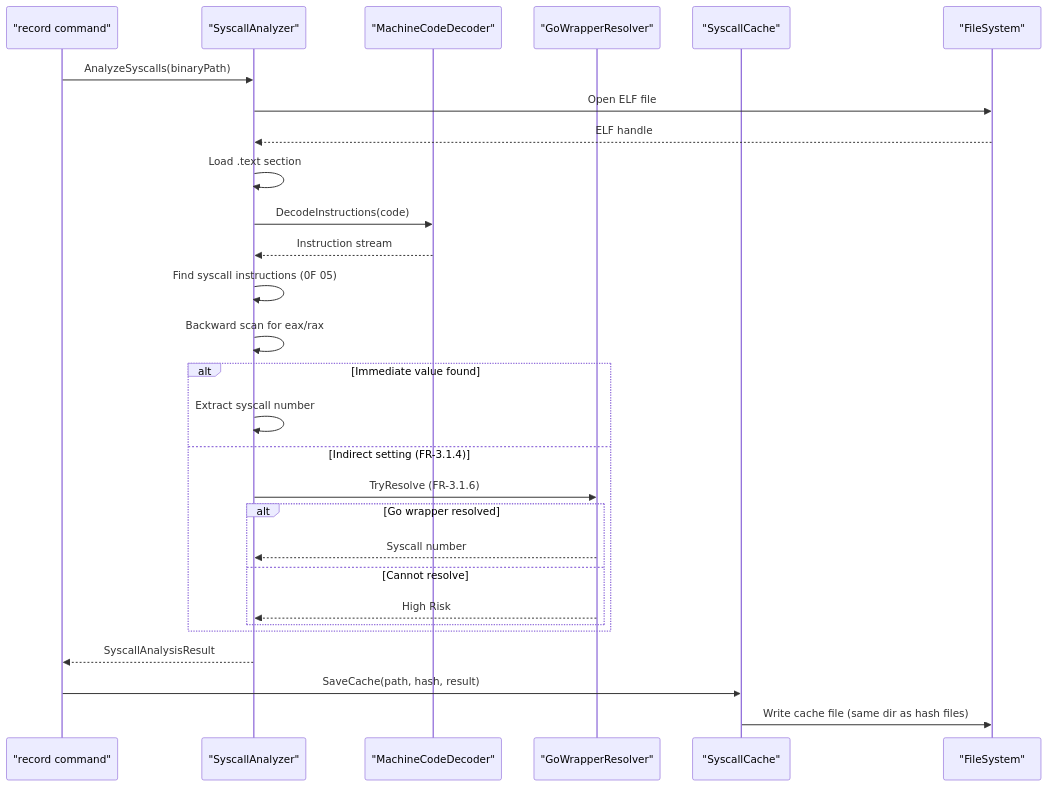
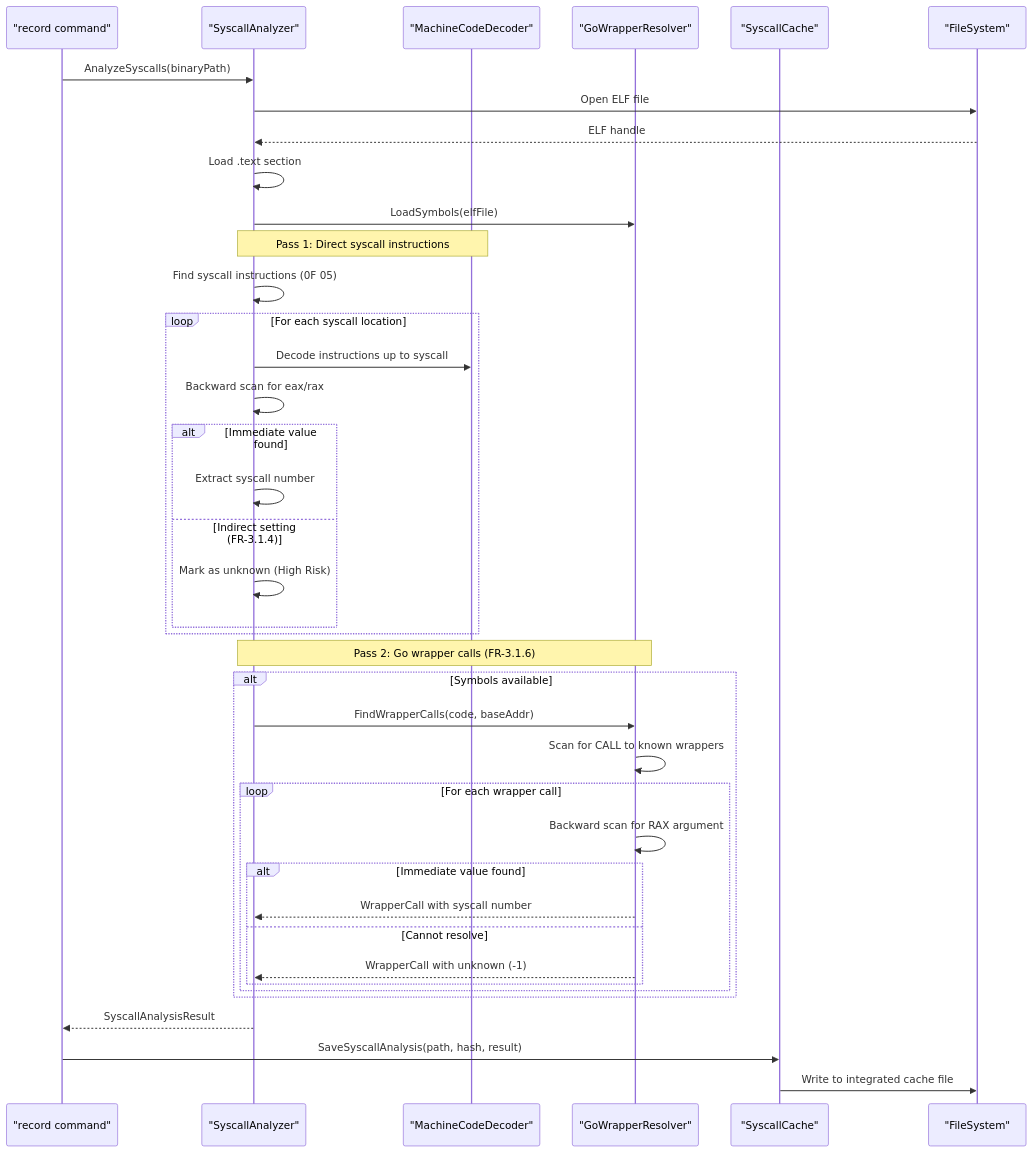
One commit to isseis/go-safe-cmd-runner changed the fifth of 17 diagrams in docs/tasks/0070_elf_syscall_analysis/02_architecture.md. Above: the diagram before and after it, drawn with Mermaid. The commit also changed other lines of this file and 1 other file, not shown here.

Commit message:
refactor: separate syscall and Go wrapper analysis into two passes
The previous design incorrectly tried to call GoWrapperResolver.TryResolve
from within backwardScanForSyscallNumber, which expected a CALL instruction
but received MOV instructions instead.

This commit separates the analysis into two independent passes:
- Pass 1: Direct syscall instruction analysis (0F 05 opcode)
- Pass 2: Go wrapper call analysis (CALL to syscall.Syscall, etc.)

Key changes:
- analyzeSyscallsInCode now runs both passes sequentially
- backwardScanForSyscallNumber only handles direct syscall instructions
- GoWrapperResolver.TryResolve replaced with FindWrapperCalls
- FindWrapperCalls scans entire code section for CALL instructions
- resolveSyscallArgument analyzes instructions before wrapper calls

````diff
--- a/docs/tasks/0070_elf_syscall_analysis/02_architecture.md
+++ b/docs/tasks/0070_elf_syscall_analysis/02_architecture.md
@@ -143,35 +145,45 @@
 ```mermaid
 sequenceDiagram
     participant RC as "record command"
     participant SA as "SyscallAnalyzer"
     participant MD as "MachineCodeDecoder"
     participant GW as "GoWrapperResolver"
     participant SC as "SyscallCache"
     participant FS as "FileSystem"
 
     RC->>SA: AnalyzeSyscalls(binaryPath)
     SA->>FS: Open ELF file
     FS-->>SA: ELF handle
+    SA->>SA: Load .text section
+    SA->>GW: LoadSymbols(elfFile)
 
-    SA->>SA: Load .text section
-    SA->>MD: DecodeInstructions(code)
-    MD-->>SA: Instruction stream
+    Note over SA,MD: Pass 1: Direct syscall instructions
+    SA->>SA: Find syscall instructions (0F 05)
+    loop For each syscall location
+        SA->>MD: Decode instructions up to syscall
+        SA->>SA: Backward scan for eax/rax
+        alt Immediate value found
+            SA->>SA: Extract syscall number
+        else Indirect setting (FR-3.1.4)
+            SA->>SA: Mark as unknown (High Risk)
+        end
+    end
 
-    SA->>SA: Find syscall instructions (0F 05)
-    SA->>SA: Backward scan for eax/rax
-
-    alt Immediate value found
-        SA->>SA: Extract syscall number
-    else Indirect setting (FR-3.1.4)
-        SA->>GW: TryResolve (FR-3.1.6)
-        alt Go wrapper resolved
-            GW-->>SA: Syscall number
-        else Cannot resolve
-            GW-->>SA: High Risk
+    Note over SA,GW: Pass 2: Go wrapper calls (FR-3.1.6)
+    alt Symbols available
+        SA->>GW: FindWrapperCalls(code, baseAddr)
+        GW->>GW: Scan for CALL to known wrappers
+        loop For each wrapper call
+            GW->>GW: Backward scan for RAX argument
+            alt Immediate value found
+                GW-->>SA: WrapperCall with syscall number
+            else Cannot resolve
+                GW-->>SA: WrapperCall with unknown (-1)
+            end
         end
     end
 
     SA-->>RC: SyscallAnalysisResult
-    RC->>SC: SaveCache(path, hash, result)
-    SC->>FS: Write cache file (same dir as hash files)
+    RC->>SC: SaveSyscallAnalysis(path, hash, result)
+    SC->>FS: Write to integrated cache file
 ```
````
